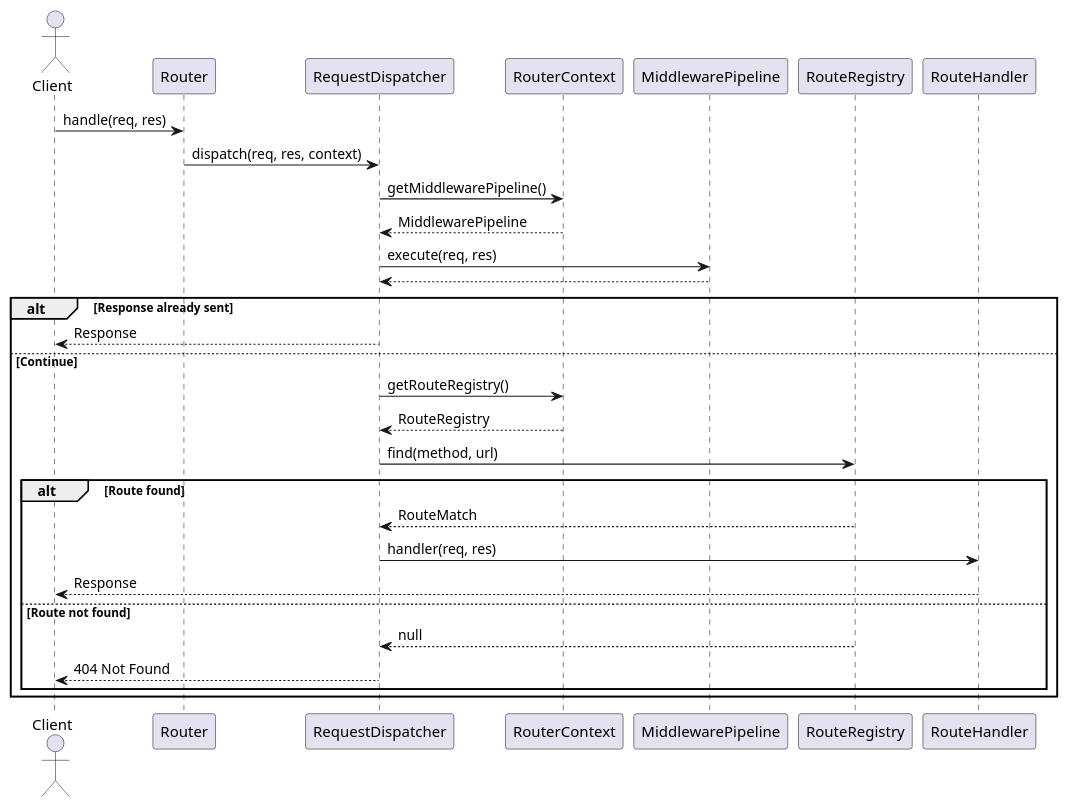
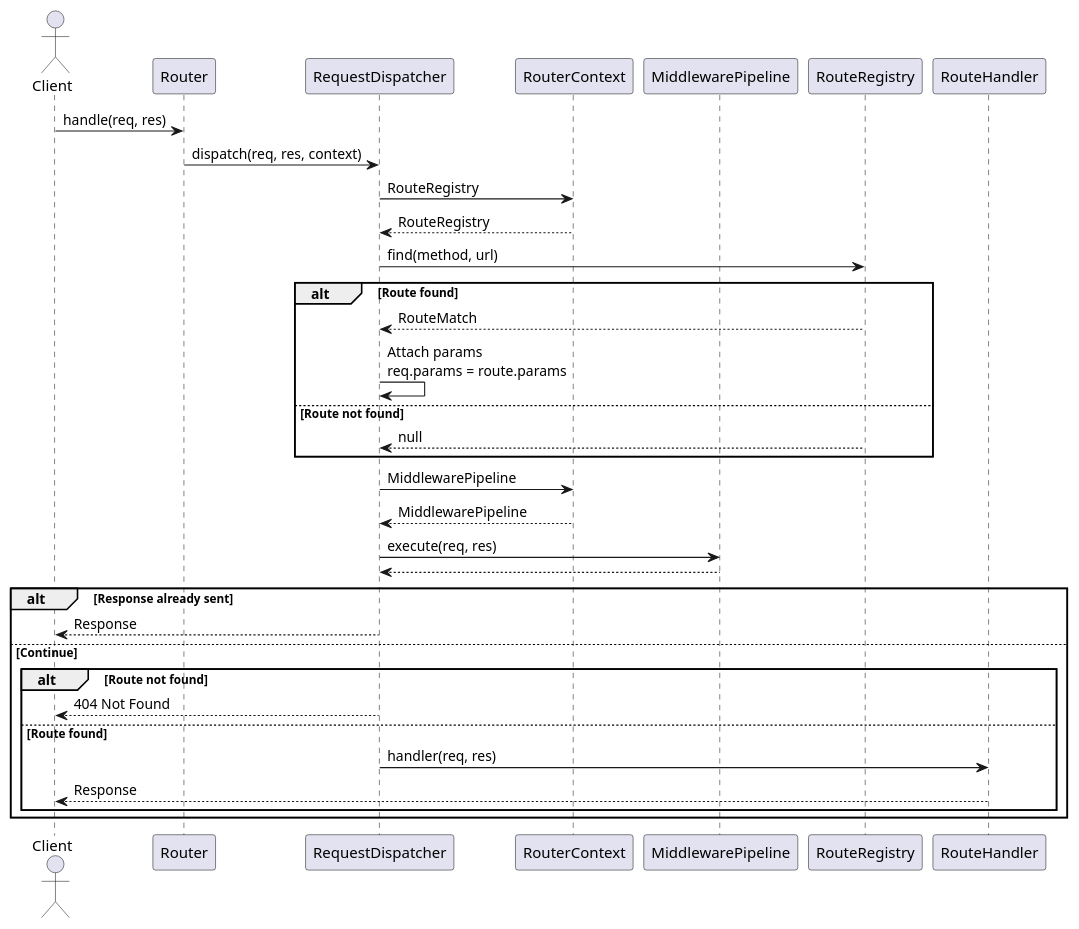
The diagram in docs/sequence diagrams/overview-sequence.puml (Ali-Wael-Hassan/duck-node-router), drawn with PlantUML before and after one commit. The commit also changed 9 other files, not shown here.

Commit message:
Implemented RouterContext, test suite (50 tests), and working example; fixed RouteTrie multi-param and wildcard backtracking bugs and bodyParser async flow; updated README and UML diagrams to reflect current state

```diff
--- a/docs/sequence diagrams/overview-sequence.puml
+++ b/docs/sequence diagrams/overview-sequence.puml
@@ -1,41 +1,44 @@
 @startuml High-level Overview
 
 actor Client
 
 participant Router
 participant RequestDispatcher
 participant RouterContext
 participant MiddlewarePipeline
 participant RouteRegistry
 participant RouteHandler
 
 Client -> Router : handle(req, res)
 
 Router -> RequestDispatcher : dispatch(req, res, context)
 
-RequestDispatcher -> RouterContext : getMiddlewarePipeline()
+RequestDispatcher -> RouterContext : RouteRegistry
+RouterContext --> RequestDispatcher : RouteRegistry
+
+RequestDispatcher -> RouteRegistry : find(method, url)
+alt Route found
+    RouteRegistry --> RequestDispatcher : RouteMatch
+    RequestDispatcher -> RequestDispatcher : Attach params\nreq.params = route.params
+else Route not found
+    RouteRegistry --> RequestDispatcher : null
+end
+
+RequestDispatcher -> RouterContext : MiddlewarePipeline
 RouterContext --> RequestDispatcher : MiddlewarePipeline
 
 RequestDispatcher -> MiddlewarePipeline : execute(req, res)
 MiddlewarePipeline --> RequestDispatcher
 
 alt Response already sent
     RequestDispatcher --> Client : Response
 else Continue
-    RequestDispatcher -> RouterContext : getRouteRegistry()
-    RouterContext --> RequestDispatcher : RouteRegistry
-
-    RequestDispatcher -> RouteRegistry : find(method, url)
-
-    alt Route found
-        RouteRegistry --> RequestDispatcher : RouteMatch
-
+    alt Route not found
+        RequestDispatcher --> Client : 404 Not Found
+    else Route found
         RequestDispatcher -> RouteHandler : handler(req, res)
         RouteHandler --> Client : Response
-    else Route not found
-        RouteRegistry --> RequestDispatcher : null
-        RequestDispatcher --> Client : 404 Not Found
     end
 end
 
 @enduml
```
